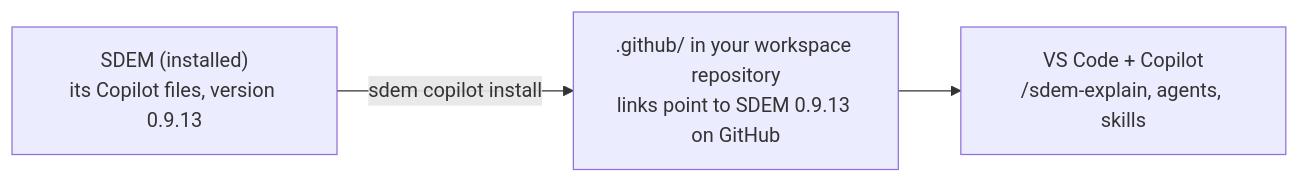
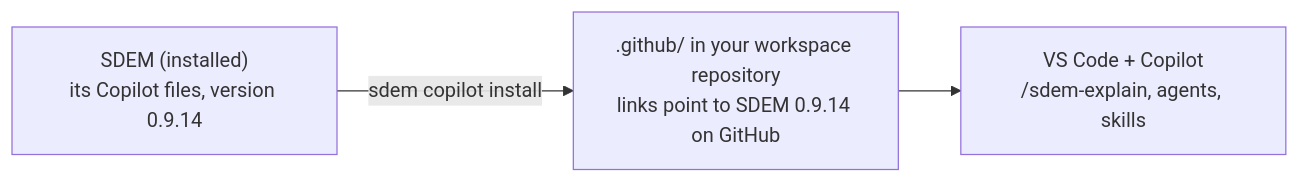
Before and after one commit to taumoeps/bian-sdem-framework: the diagram in docs/design/sdem-copilot-install-design.md, drawn with Mermaid. The commit also changed 25 other files, not shown here.

Commit message:
v0.9.14 — one setup guide for AI agents (documentation only); release preparation (version, template pin, CHANGELOG, ROADMAP)

````diff
--- a/docs/design/sdem-copilot-install-design.md
+++ b/docs/design/sdem-copilot-install-design.md
@@ -18,5 +18,5 @@
 ```mermaid
 flowchart LR
-    S["SDEM (installed)<br/>its Copilot files, version 0.9.13"] -- "sdem copilot install" --> E[".github/ in your workspace repository<br/>links point to SDEM 0.9.13 on GitHub"]
+    S["SDEM (installed)<br/>its Copilot files, version 0.9.14"] -- "sdem copilot install" --> E[".github/ in your workspace repository<br/>links point to SDEM 0.9.14 on GitHub"]
     E --> V["VS Code + Copilot<br/>/sdem-explain, agents, skills"]
 ```
````
